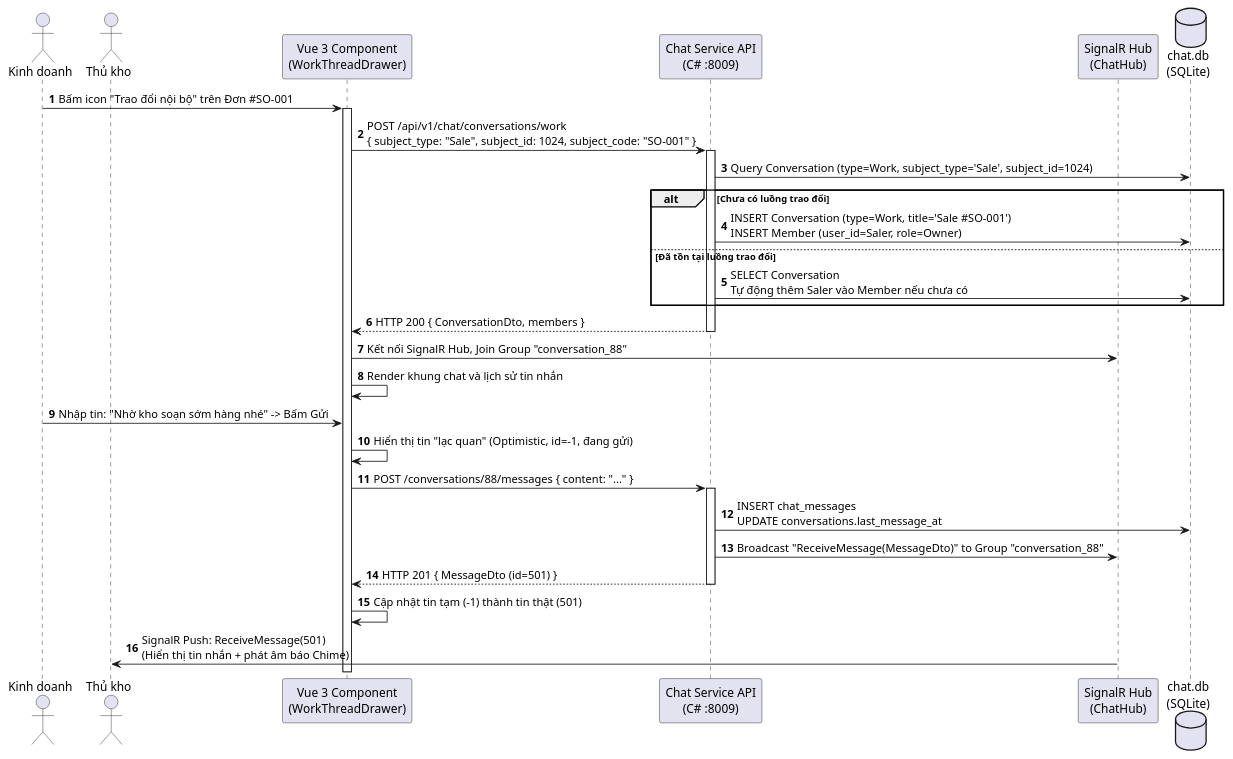
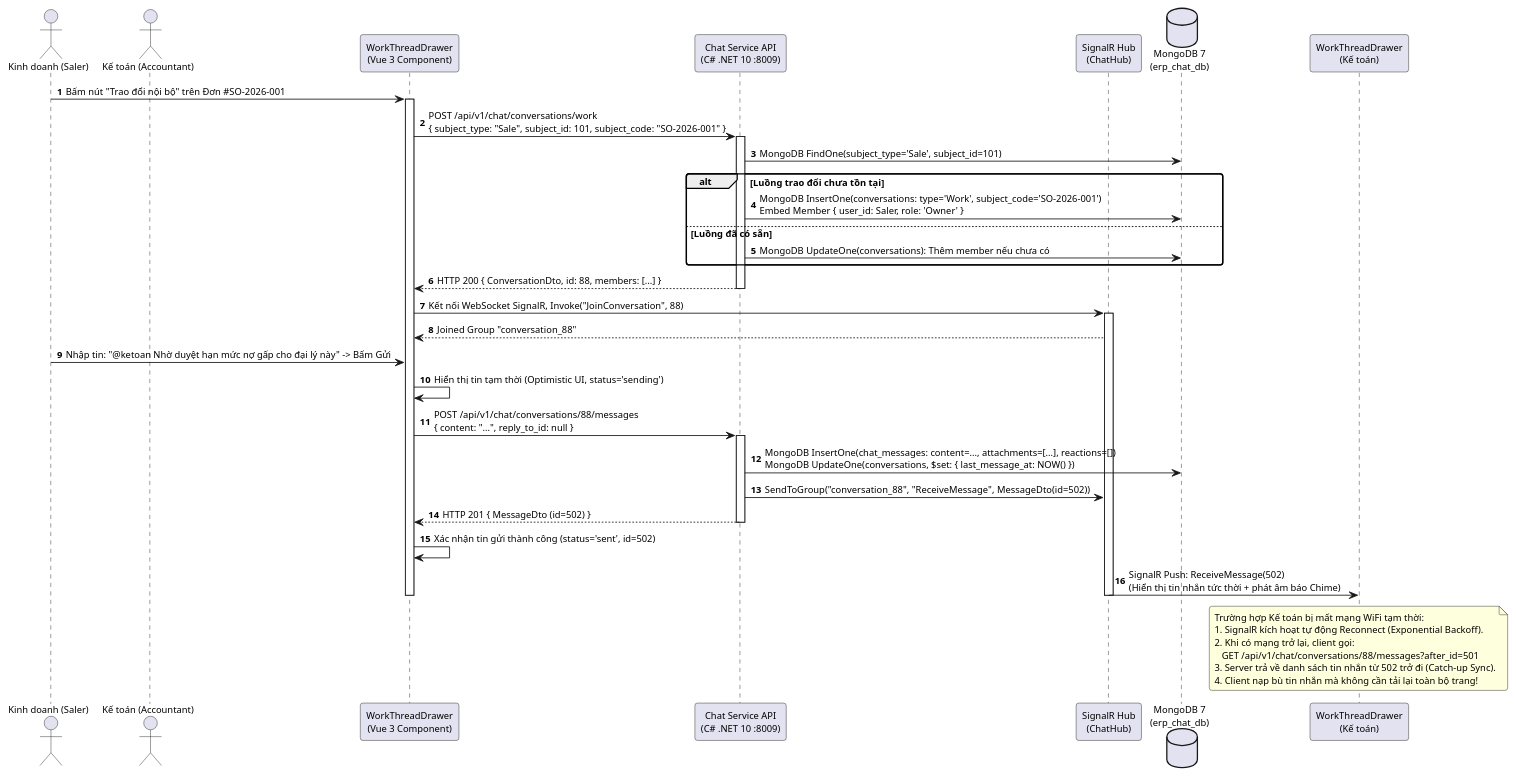
Before and after one commit to ttung205/smart-erp: diagram 14 of 18 in docs/bao_cao/02_thiet_ke_va_trien_khai.md, drawn with PlantUML. The commit also changed other lines of this file and 31 other files, not shown here.

````diff
--- a/docs/bao_cao/02_thiet_ke_va_trien_khai.md
+++ b/docs/bao_cao/02_thiet_ke_va_trien_khai.md
@@ -407,43 +1436,60 @@
 ```plantuml
 @startuml
 autonumber
-actor "Kinh doanh" as Saler
-actor "Thủ kho" as Logistic
-participant "Vue 3 Component\n(WorkThreadDrawer)" as FE
-participant "Chat Service API\n(C# :8009)" as ChatAPI
+skinparam roundcorner 6
+skinparam defaultFontName Arial
+skinparam defaultFontSize 11
+
+actor "Kinh doanh (Saler)" as Saler
+actor "Kế toán (Accountant)" as Accountant
+participant "WorkThreadDrawer\n(Vue 3 Component)" as FE_Saler
+participant "Chat Service API\n(C# .NET 10 :8009)" as ChatAPI
 participant "SignalR Hub\n(ChatHub)" as Hub
-database "chat.db\n(SQLite)" as DB
+database "MongoDB 7\n(erp_chat_db)" as ChatDB
+participant "WorkThreadDrawer\n(Kế toán)" as FE_Accountant
 
-Saler -> FE : Bấm icon "Trao đổi nội bộ" trên Đơn #SO-001
-activate FE
+Saler -> FE_Saler : Bấm nút "Trao đổi nội bộ" trên Đơn #SO-2026-001
+activate FE_Saler
 
-FE -> ChatAPI : POST /api/v1/chat/conversations/work\n{ subject_type: "Sale", subject_id: 1024, subject_code: "SO-001" }
+FE_Saler -> ChatAPI : POST /api/v1/chat/conversations/work\n{ subject_type: "Sale", subject_id: 101, subject_code: "SO-2026-001" }
 activate ChatAPI
 
-ChatAPI -> DB : Query Conversation (type=Work, subject_type='Sale', subject_id=1024)
-alt Chưa có luồng trao đổi
-    ChatAPI -> DB : INSERT Conversation (type=Work, title='Sale #SO-001')\nINSERT Member (user_id=Saler, role=Owner)
-else Đã tồn tại luồng trao đổi
-    ChatAPI -> DB : SELECT Conversation\nTự động thêm Saler vào Member nếu chưa có
+ChatAPI -> ChatDB : MongoDB FindOne(subject_type='Sale', subject_id=101)
+alt Luồng trao đổi chưa tồn tại
+    ChatAPI -> ChatDB : MongoDB InsertOne(conversations: type='Work', subject_code='SO-2026-001')\nEmbed Member { user_id: Saler, role: 'Owner' }
+else Luồng đã có sẵn
+    ChatAPI -> ChatDB : MongoDB UpdateOne(conversations): Thêm member nếu chưa có
 end
 
-ChatAPI --> FE : HTTP 200 { ConversationDto, members }
+ChatAPI --> FE_Saler : HTTP 200 { ConversationDto, id: 88, members: [...] }
 deactivate ChatAPI
 
-FE -> Hub : Kết nối SignalR Hub, Join Group "conversation_88"
-FE -> FE : Render khung chat và lịch sử tin nhắn
+FE_Saler -> Hub : Kết nối WebSocket SignalR, Invoke("JoinConversation", 88)
+activate Hub
+Hub --> FE_Saler : Joined Group "conversation_88"
 
-Saler -> FE : Nhập tin: "Nhờ kho soạn sớm hàng nhé" -> Bấm Gửi
-FE -> FE : Hiển thị tin "lạc quan" (Optimistic, id=-1, đang gửi)
-FE -> ChatAPI : POST /conversations/88/messages { content: "..." }
+Saler -> FE_Saler : Nhập tin: "@ketoan Nhờ duyệt hạn mức nợ gấp cho đại lý này" -> Bấm Gửi
+FE_Saler -> FE_Saler : Hiển thị tin tạm thời (Optimistic UI, status='sending')
+FE_Saler -> ChatAPI : POST /api/v1/chat/conversations/88/messages\n{ content: "...", reply_to_id: null }
 activate ChatAPI
 
-ChatAPI -> DB : INSERT chat_messages\nUPDATE conversations.last_message_at
-ChatAPI -> Hub : Broadcast "ReceiveMessage(MessageDto)" to Group "conversation_88"
-ChatAPI --> FE : HTTP 201 { MessageDto (id=501) }
+ChatAPI -> ChatDB : MongoDB InsertOne(chat_messages: content=..., attachments=[...], reactions=[])\nMongoDB UpdateOne(conversations, $set: { last_message_at: NOW() })
+ChatAPI -> Hub : SendToGroup("conversation_88", "ReceiveMessage", MessageDto(id=502))
+ChatAPI --> FE_Saler : HTTP 201 { MessageDto (id=502) }
 deactivate ChatAPI
 
-FE -> FE : Cập nhật tin tạm (-1) thành tin thật (501)
-Hub -> Logistic : SignalR Push: ReceiveMessage(501)\n(Hiển thị tin nhắn + phát âm báo Chime)
+FE_Saler -> FE_Saler : Xác nhận tin gửi thành công (status='sent', id=502)
+Hub -> FE_Accountant : SignalR Push: ReceiveMessage(502)\n(Hiển thị tin nhắn tức thời + phát âm báo Chime)
+deactivate Hub
+
+note over FE_Accountant
+  Trường hợp Kế toán bị mất mạng WiFi tạm thời:
+  1. SignalR kích hoạt tự động Reconnect (Exponential Backoff).
+  2. Khi có mạng trở lại, client gọi:
+     GET /api/v1/chat/conversations/88/messages?after_id=501
+  3. Server trả về danh sách tin nhắn từ 502 trở đi (Catch-up Sync).
+  4. Client nạp bù tin nhắn mà không cần tải lại toàn bộ trang!
+end note
+deactivate FE_Saler
 @enduml
 ```
````
